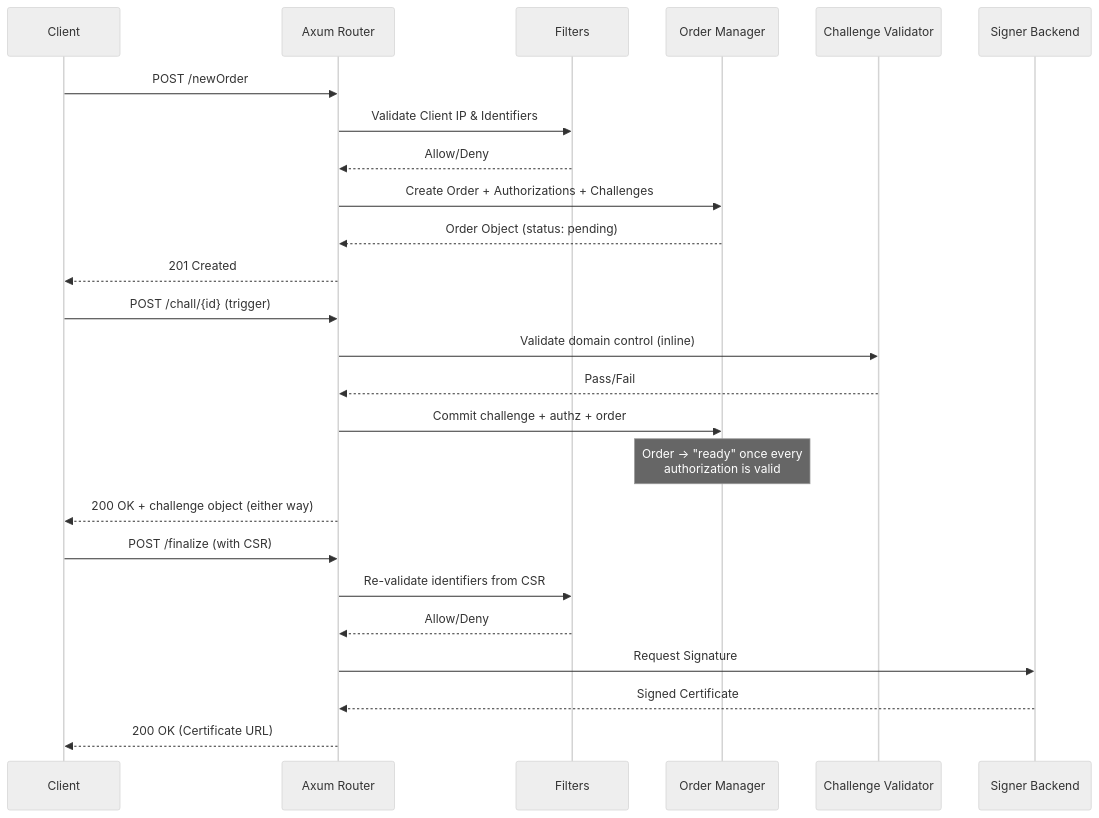
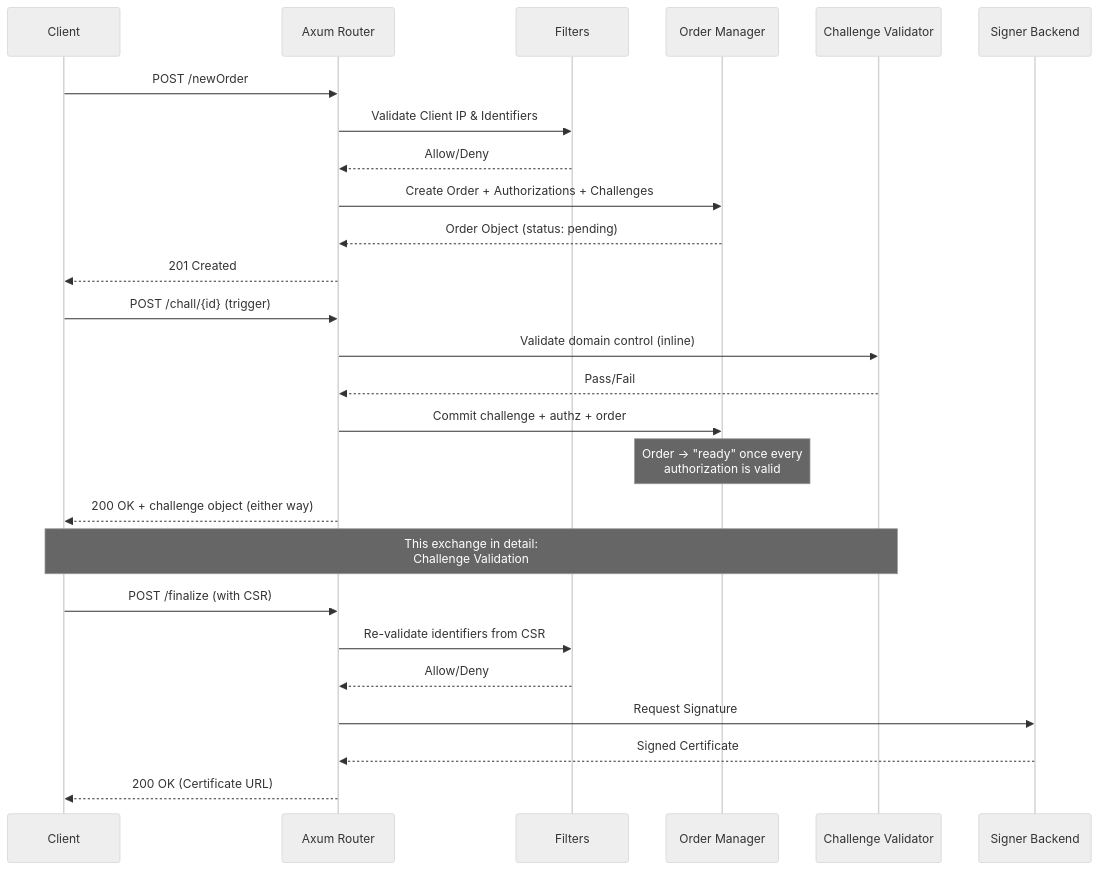
One commit to acme-proxy/acme-proxy changed the second of 3 diagrams in doc/src/dev/architecture.md. Above: the diagram before and after it, drawn with Mermaid (neutral theme). The commit also changed other lines of this file and 72 other files, not shown here.

First line of the commit message:
Documentation: structure, diagrams, and one voice

````diff
--- a/doc/src/dev/architecture.md
+++ b/doc/src/dev/architecture.md
@@ -108,30 +146,31 @@
 ```mermaid
 sequenceDiagram
     participant Client
     participant Axum Router
     participant Filters
     participant Order Manager
     participant Challenge Validator
     participant Signer Backend
 
     Client->>Axum Router: POST /newOrder
     Axum Router->>Filters: Validate Client IP & Identifiers
     Filters-->>Axum Router: Allow/Deny
     Axum Router->>Order Manager: Create Order + Authorizations + Challenges
     Order Manager-->>Axum Router: Order Object (status: pending)
     Axum Router-->>Client: 201 Created
 
     Client->>Axum Router: POST /chall/{id} (trigger)
     Axum Router->>Challenge Validator: Validate domain control (inline)
     Challenge Validator-->>Axum Router: Pass/Fail
     Axum Router->>Order Manager: Commit challenge + authz + order
     Note over Order Manager: Order -> "ready" once every<br/>authorization is valid
     Axum Router-->>Client: 200 OK + challenge object (either way)
+    Note over Client,Challenge Validator: This exchange in detail:<br/>Challenge Validation
 
     Client->>Axum Router: POST /finalize (with CSR)
     Axum Router->>Filters: Re-validate identifiers from CSR
     Filters-->>Axum Router: Allow/Deny
     Axum Router->>Signer Backend: Request Signature
     Signer Backend-->>Axum Router: Signed Certificate
     Axum Router-->>Client: 200 OK (Certificate URL)
 ```
````
